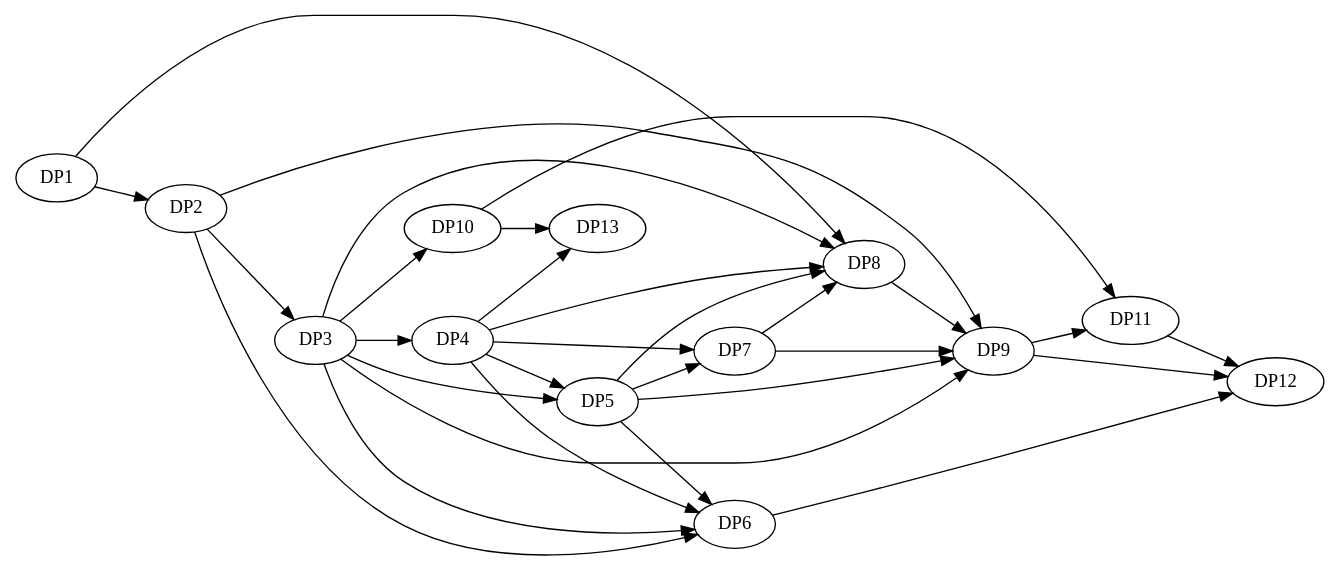
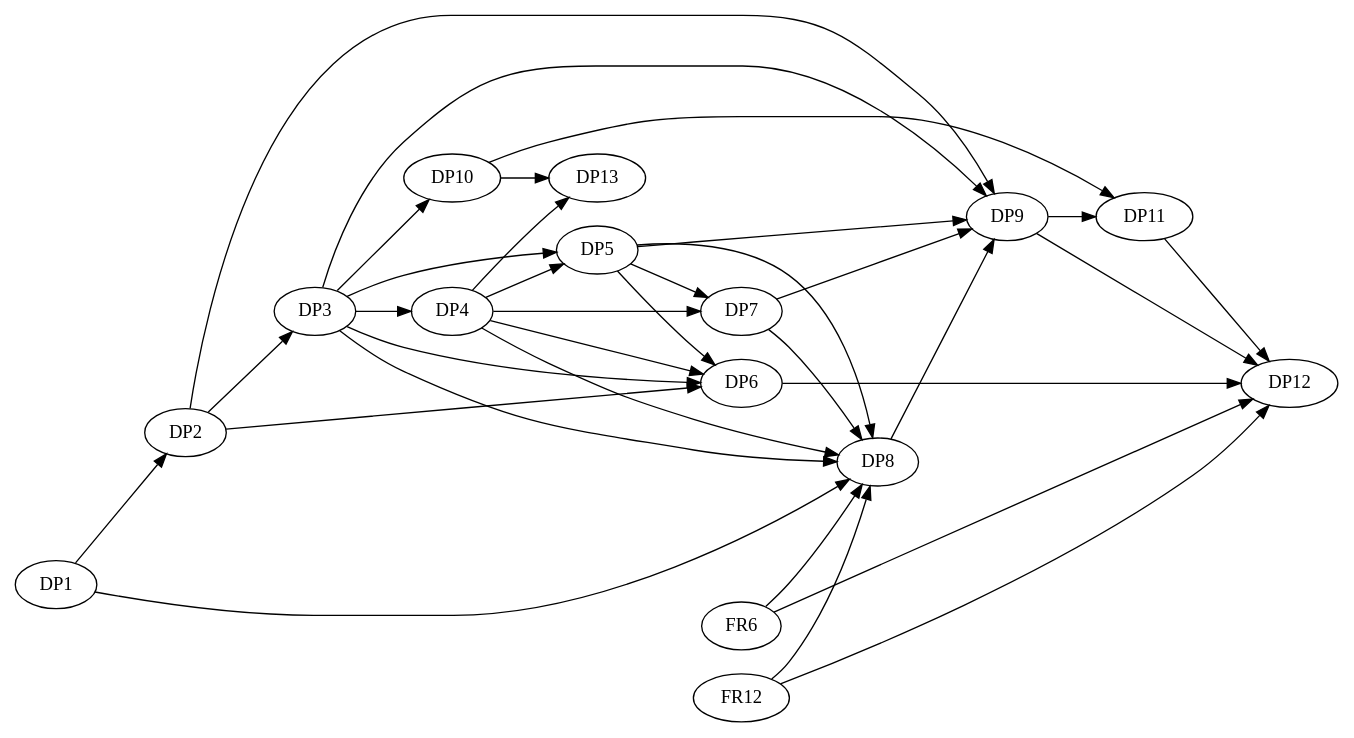
The diagram in docs/dependency-graph.dot (choicky/fcitx5-fusion), drawn with Graphviz before and after one commit. The commit also changed 7 other files, not shown here.

```diff
--- a/docs/dependency-graph.dot
+++ b/docs/dependency-graph.dot
@@ -1,14 +1,17 @@
 digraph D072_Axiomatic_Preflight {
   rankdir=LR;
   DP1 -> DP2 -> DP3;
   DP3 -> DP4;
   DP3 -> DP5; DP4 -> DP5;
   DP2 -> DP6; DP3 -> DP6; DP4 -> DP6; DP5 -> DP6;
   DP4 -> DP7; DP5 -> DP7;
   DP1 -> DP8; DP3 -> DP8; DP4 -> DP8; DP5 -> DP8; DP7 -> DP8;
   DP2 -> DP9; DP3 -> DP9; DP5 -> DP9; DP7 -> DP9; DP8 -> DP9;
   DP3 -> DP10;
   DP10 -> DP11; DP9 -> DP11;
   DP6 -> DP12; DP9 -> DP12; DP11 -> DP12;
   DP4 -> DP13; DP10 -> DP13;
+  // Complete matrix dependency evidence is in dependency-graph.json.
+  FR6 -> DP8; FR6 -> DP12;
+  FR12 -> DP8; FR12 -> DP12;
 }
```
